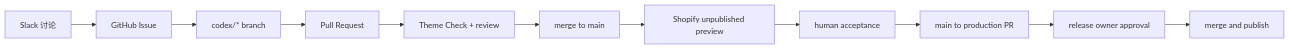
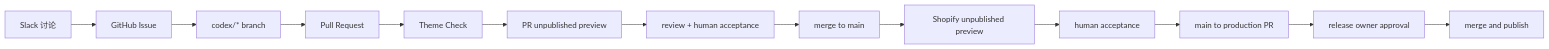
Before and after one commit to NanakoAmber/yarn-commerce-platform: the diagram in docs/harness/workflow.md, drawn with Mermaid. The commit also changed other lines of this file and 9 other files, not shown here.

````diff
--- a/docs/harness/workflow.md
+++ b/docs/harness/workflow.md
@@ -18,13 +18,15 @@
 ```mermaid
 flowchart LR
     Slack[Slack 讨论] --> Issue[GitHub Issue]
     Issue --> Branch[codex/* branch]
     Branch --> PR[Pull Request]
-    PR --> CI[Theme Check + review]
-    CI --> Main[merge to main]
+    PR --> CI[Theme Check]
+    CI --> PRPreview[PR unpublished preview]
+    PRPreview --> Review[review + human acceptance]
+    Review --> Main[merge to main]
     Main --> Preview[Shopify unpublished preview]
     Preview --> QA[human acceptance]
     QA --> Release[main to production PR]
     Release --> Approval[release owner approval]
     Approval --> Live[merge and publish]
 ```
````
